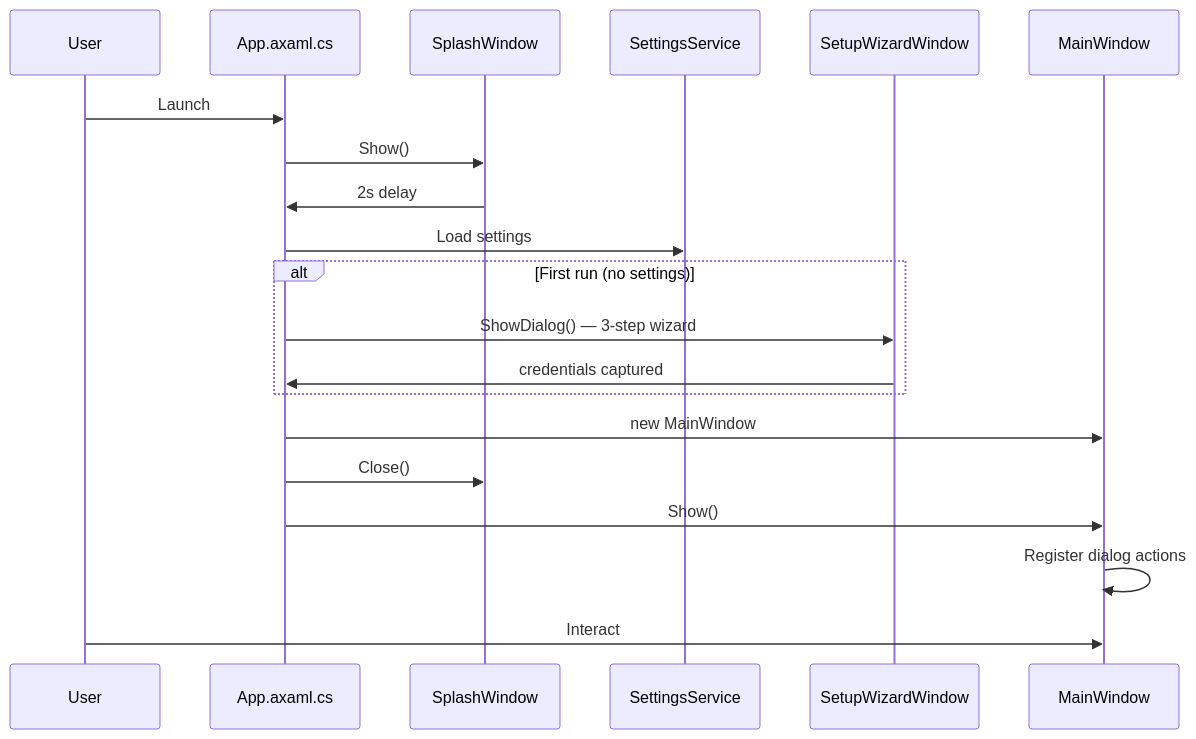
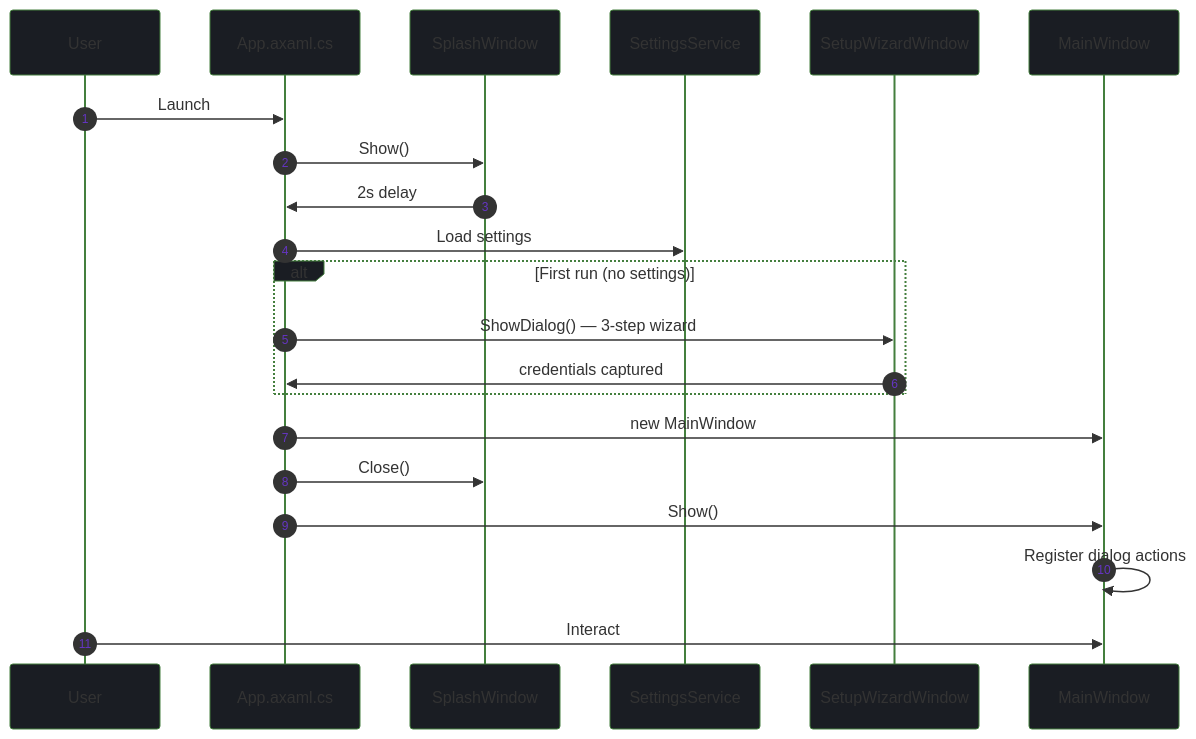
The third of 5 diagrams in docs/architecture.md (marcelofrau/xb-homebrew-vault), drawn with Mermaid before and after one commit. The commit also changed other lines of this file and 29 other files, not shown here.

````diff
--- a/docs/architecture.md
+++ b/docs/architecture.md
@@ -106,23 +169,25 @@
 ```mermaid
+%%{init: {'theme': 'base', 'themeVariables': { 'primaryColor': '#1A1D23', 'primaryBorderColor': '#447F3E', 'lineColor': '#9ACA3C', 'secondBkgColor': '#2A2D33', 'tertiaryColor': '#447F3E'}}}%%
 sequenceDiagram
+    autonumber
     participant User
     participant App as App.axaml.cs
     participant Splash as SplashWindow
     participant SSvc as SettingsService
     participant Setup as SetupWizardWindow
     participant Main as MainWindow
 
     User->>App: Launch
     App->>Splash: Show()
     Splash->>App: 2s delay
     App->>SSvc: Load settings
     alt First run (no settings)
         App->>Setup: ShowDialog() — 3-step wizard
         Setup->>App: credentials captured
     end
     App->>Main: new MainWindow
     App->>Splash: Close()
     App->>Main: Show()
     Main->>Main: Register dialog actions
     User->>Main: Interact
 ```
````
